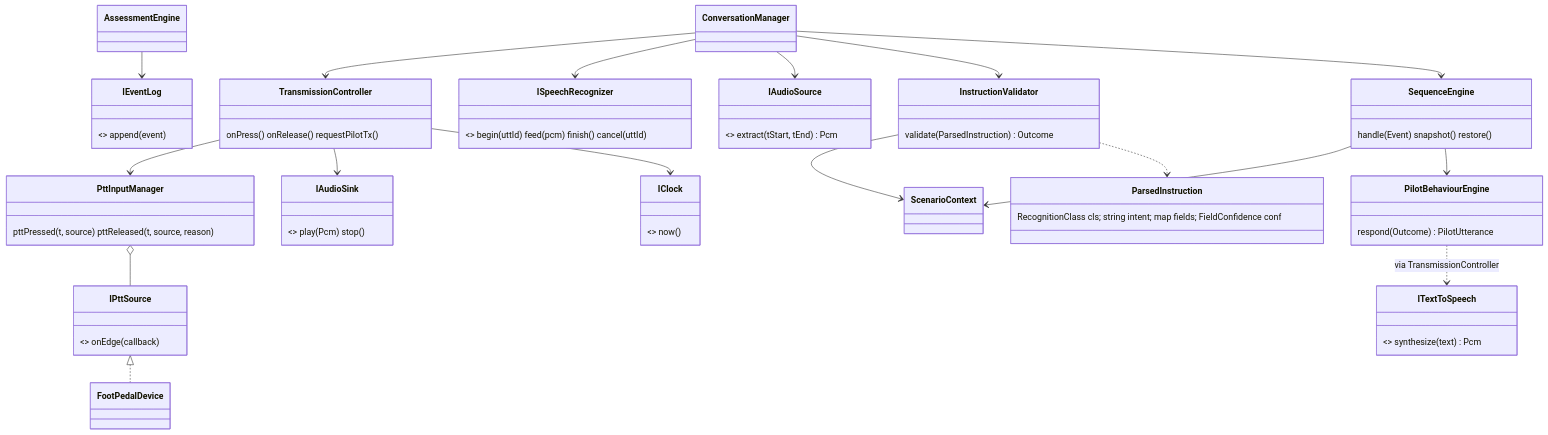
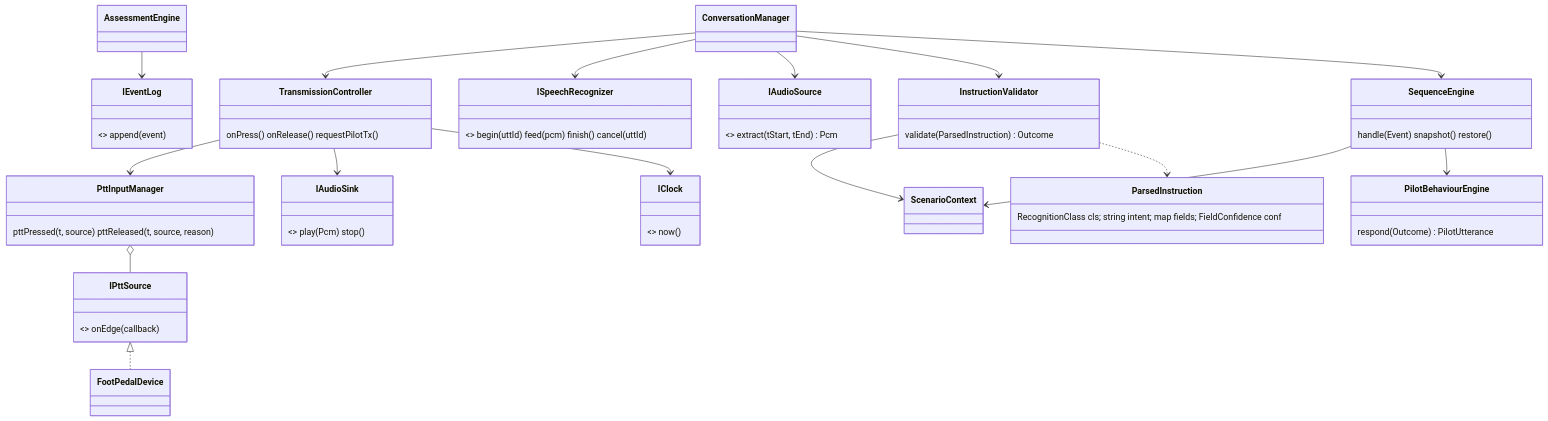
Before and after one commit to million-boons/atc-trainer: the third of 4 diagrams in docs/architecture/01-system.md, drawn with Mermaid. The commit also changed other lines of this file and 2 other files, not shown here.

Commit message:
Plan docs per the 2026-11-24 rulings: D-414, package 1c, 4.1 approved in part
- D-414 corrects D-406: slice model id is whisper-tiny-genprompt
- 06: 1c row; Q-3 closed, --root, ATC_ROOT and developer fallback wait for A-3
- 06: Practice/Assessed ruling, exercise audio consent, O-2 placeholder confirmed
- 01: ITextToSpeech and "synthesise while waiting" removed (D-27)

````diff
--- a/docs/architecture/01-system.md
+++ b/docs/architecture/01-system.md
@@ -123,36 +123,34 @@
 ```mermaid
 classDiagram
   class ISpeechRecognizer { <<interface>> begin(uttId) feed(pcm) finish() cancel(uttId) }
-  class ITextToSpeech { <<interface>> synthesize(text) Pcm }
   class IAudioSource { <<interface>> extract(tStart, tEnd) Pcm }
   class IAudioSink { <<interface>> play(Pcm) stop() }
   class IPttSource { <<interface>> onEdge(callback) }
   class IClock { <<interface>> now() }
   class IEventLog { <<interface>> append(event) }
   class FootPedalDevice
   class PttInputManager { pttPressed(t, source) pttReleased(t, source, reason) }
   class TransmissionController { onPress() onRelease() requestPilotTx() }
   class ConversationManager
   class SequenceEngine { handle(Event) snapshot() restore() }
   class ScenarioContext
   class InstructionValidator { validate(ParsedInstruction) Outcome }
   class PilotBehaviourEngine { respond(Outcome) PilotUtterance }
   class ParsedInstruction { RecognitionClass cls; string intent; map fields; FieldConfidence conf }
   class AssessmentEngine
   IPttSource <|.. FootPedalDevice
   PttInputManager o-- IPttSource
   TransmissionController --> PttInputManager
   TransmissionController --> IAudioSink
   TransmissionController --> IClock
   ConversationManager --> TransmissionController
   ConversationManager --> ISpeechRecognizer
   ConversationManager --> IAudioSource
   ConversationManager --> InstructionValidator
   InstructionValidator --> ScenarioContext
   InstructionValidator ..> ParsedInstruction
   SequenceEngine --> ScenarioContext
   ConversationManager --> SequenceEngine
   SequenceEngine --> PilotBehaviourEngine
-  PilotBehaviourEngine ..> ITextToSpeech : via TransmissionController
   AssessmentEngine --> IEventLog
 ```
````
